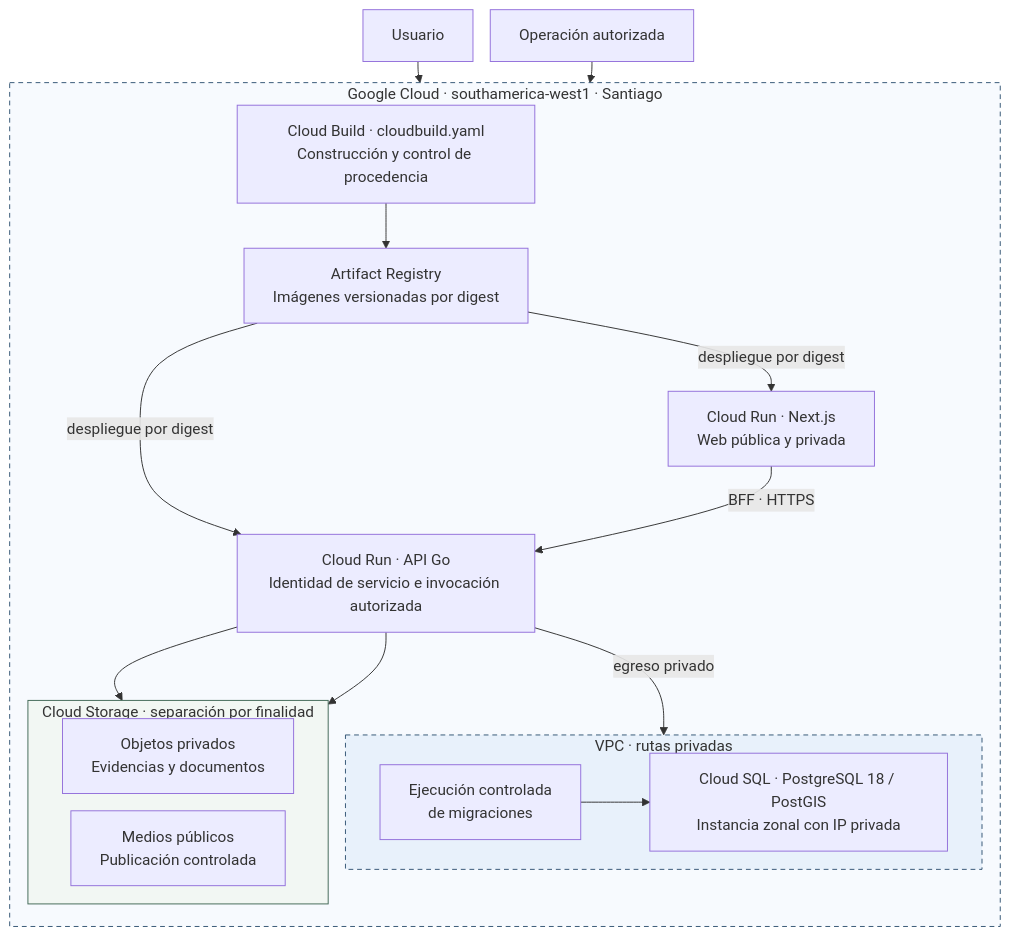
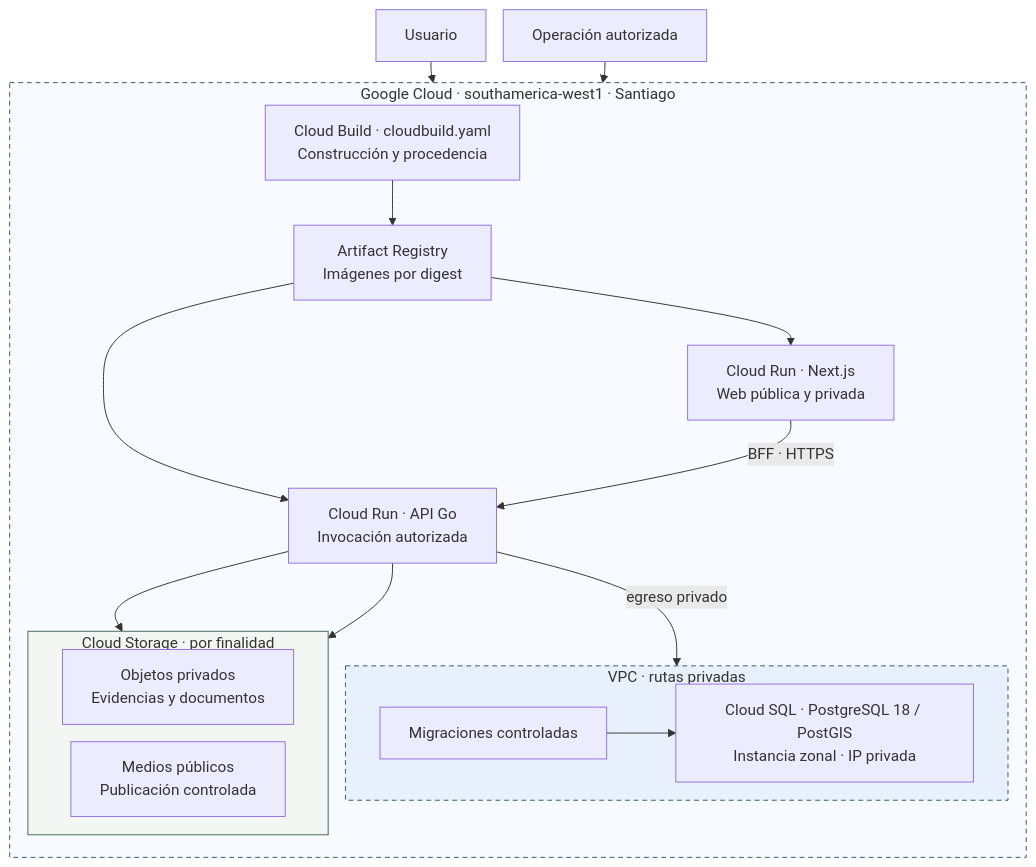
One commit to HernanEspinozaDev/proyectotitulo changed the diagram in tesis_final/assets/diagramas_src/fig17_topologia_objetivo.mmd. Above: the diagram before and after it, drawn with Mermaid. The commit also changed 5 other files, not shown here.

```diff
--- a/tesis_final/assets/diagramas_src/fig17_topologia_objetivo.mmd
+++ b/tesis_final/assets/diagramas_src/fig17_topologia_objetivo.mmd
@@ -1,36 +1,36 @@
 ---
 config:
   flowchart:
     nodeSpacing: 18
     rankSpacing: 22
     wrappingWidth: 250
 ---
 flowchart TB
     U["Usuario"] --> WEB
     O["Operación autorizada"] --> M
     subgraph REG["Google Cloud · southamerica-west1 · Santiago"]
       direction TB
-      BUILD["Cloud Build · cloudbuild.yaml<br/>Construcción y control de procedencia"]
-      AR["Artifact Registry<br/>Imágenes versionadas por digest"]
+      BUILD["Cloud Build · cloudbuild.yaml<br/>Construcción y procedencia"]
+      AR["Artifact Registry<br/>Imágenes por digest"]
       BUILD --> AR
       WEB["Cloud Run · Next.js<br/>Web pública y privada"]
-      API["Cloud Run · API Go<br/>Identidad de servicio e invocación autorizada"]
-      AR -->|despliegue por digest| WEB & API
+      API["Cloud Run · API Go<br/>Invocación autorizada"]
+      AR --> WEB & API
       WEB -->|BFF · HTTPS| API
       subgraph VPC["VPC · rutas privadas"]
         direction LR
-        M["Ejecución controlada<br/>de migraciones"]
-        DB["Cloud SQL · PostgreSQL 18 / PostGIS<br/>Instancia zonal con IP privada"]
+        M["Migraciones controladas"]
+        DB["Cloud SQL · PostgreSQL 18 / PostGIS<br/>Instancia zonal · IP privada"]
         M --> DB
       end
-      subgraph STORAGE["Cloud Storage · separación por finalidad"]
+      subgraph STORAGE["Cloud Storage · por finalidad"]
         direction LR
         PRIV["Objetos privados<br/>Evidencias y documentos"]
         PUB["Medios públicos<br/>Publicación controlada"]
       end
       API -->|egreso privado| DB
       API --> PRIV & PUB
     end
     style REG fill:#F7FAFE,stroke:#345575,stroke-dasharray: 5 4
     style VPC fill:#E8F1FB,stroke:#345575,stroke-dasharray: 5 4
     style STORAGE fill:#F2F7F3,stroke:#426957
```
